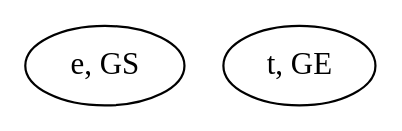
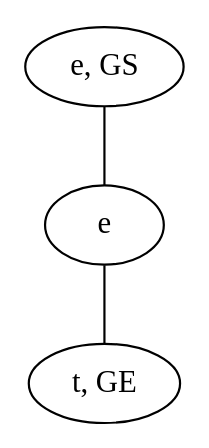
The diagram in data/VGLC/Zelda/rules/1/13_E-t.dot (schrum2/MM-NEAT), drawn with Graphviz before and after one commit. The commit also changed 34 other files, not shown here.

```diff
--- a/data/VGLC/Zelda/rules/1/13_E-t.dot
+++ b/data/VGLC/Zelda/rules/1/13_E-t.dot
@@ -1,4 +1,7 @@
 graph {
-ytvO [label="e, GS"]
-kAzt [label="t, GE"]
+cIrj [label="e, GS"]
+ZtIH [label="t, GE"]
+MnEN [label="e"]
+cIrj -- MnEN
+MnEN -- ZtIH
 }
```
